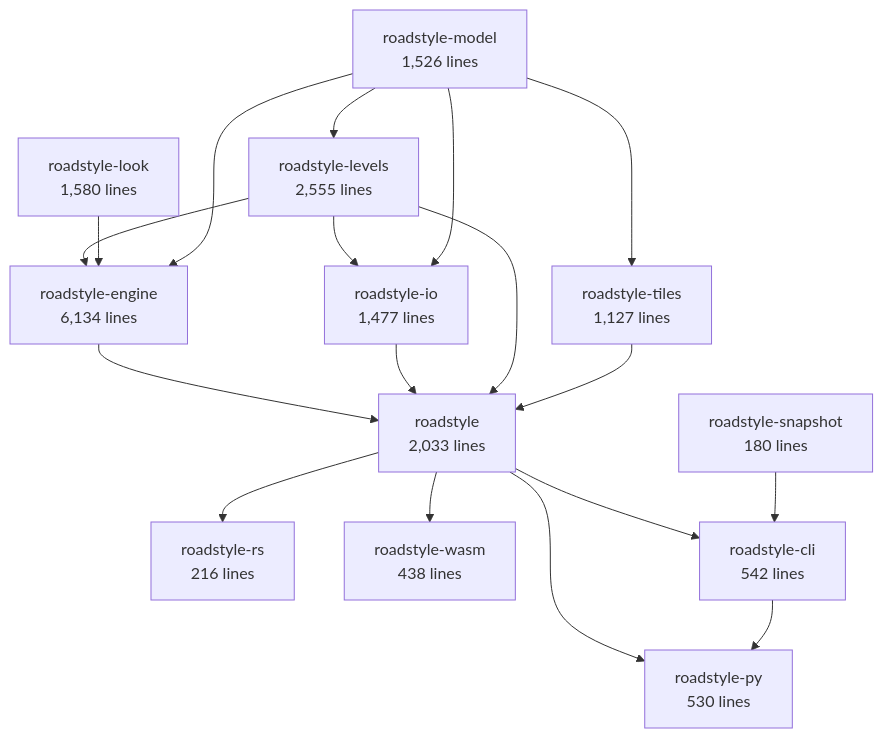
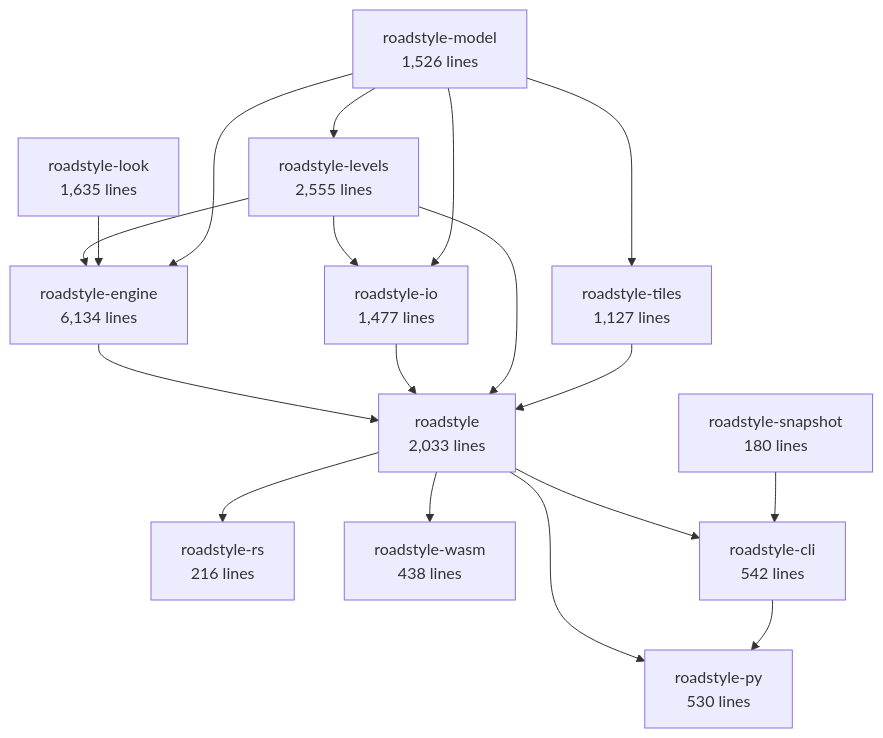
One commit to Khoshkhah/roadstyle changed the second of 6 diagrams in docs/rust/architecture.md. Above: the diagram before and after it, drawn with Mermaid. The commit also changed other lines of this file and 12 other files, not shown here.

````diff
--- a/docs/rust/architecture.md
+++ b/docs/rust/architecture.md
@@ -70,32 +70,32 @@
 ```mermaid
 flowchart TB
     roadstyle_model["roadstyle-model<br/>1,526 lines"]
-    roadstyle_look["roadstyle-look<br/>1,580 lines"]
+    roadstyle_look["roadstyle-look<br/>1,635 lines"]
     roadstyle_io["roadstyle-io<br/>1,477 lines"]
     roadstyle_levels["roadstyle-levels<br/>2,555 lines"]
     roadstyle_engine["roadstyle-engine<br/>6,134 lines"]
     roadstyle_tiles["roadstyle-tiles<br/>1,127 lines"]
     roadstyle["roadstyle<br/>2,033 lines"]
     roadstyle_rs["roadstyle-rs<br/>216 lines"]
     roadstyle_wasm["roadstyle-wasm<br/>438 lines"]
     roadstyle_py["roadstyle-py<br/>530 lines"]
     roadstyle_cli["roadstyle-cli<br/>542 lines"]
     roadstyle_snapshot["roadstyle-snapshot<br/>180 lines"]
     roadstyle_levels --> roadstyle_io
     roadstyle_model --> roadstyle_io
     roadstyle_model --> roadstyle_levels
     roadstyle_levels --> roadstyle_engine
     roadstyle_look --> roadstyle_engine
     roadstyle_model --> roadstyle_engine
     roadstyle_model --> roadstyle_tiles
     roadstyle_engine --> roadstyle
     roadstyle_io --> roadstyle
     roadstyle_levels --> roadstyle
     roadstyle_tiles --> roadstyle
     roadstyle --> roadstyle_rs
     roadstyle --> roadstyle_wasm
     roadstyle --> roadstyle_py
     roadstyle_cli --> roadstyle_py
     roadstyle --> roadstyle_cli
     roadstyle_snapshot --> roadstyle_cli
 ```
````
